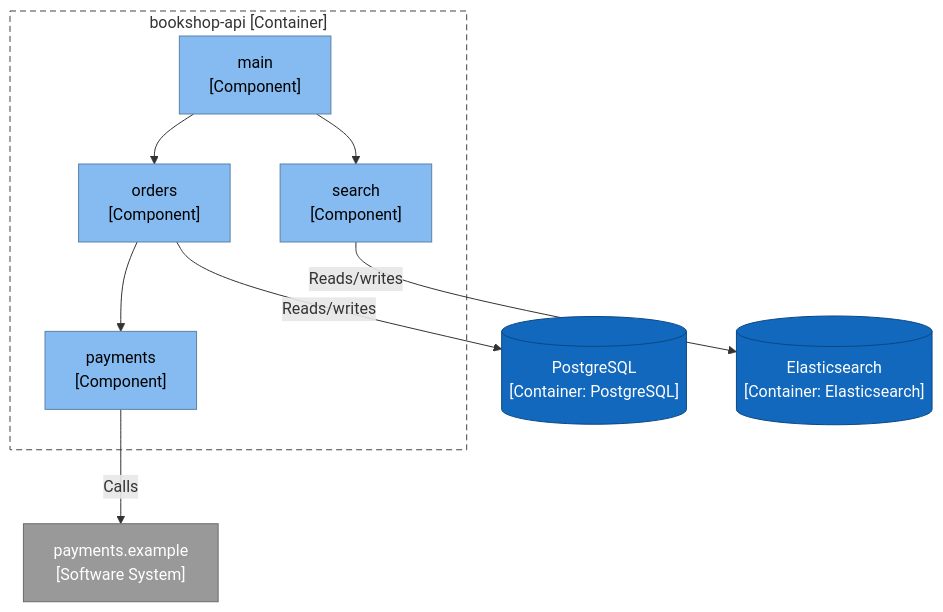
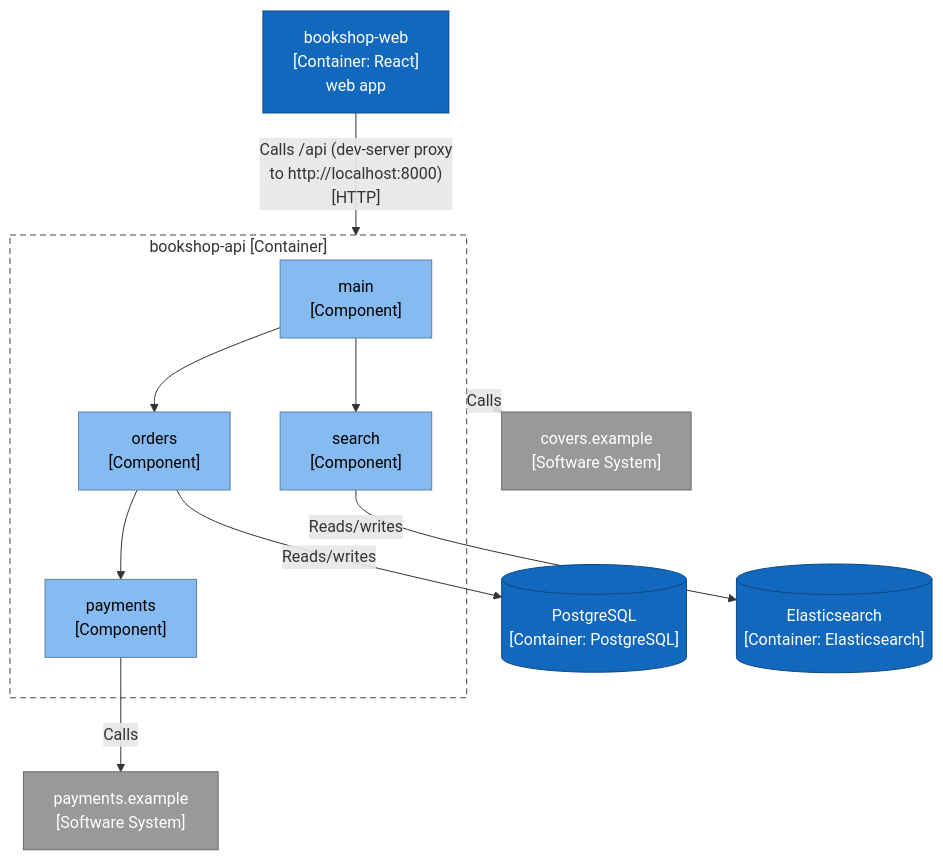
Before and after one commit to ythalorossy/architecture-skills: the second of 5 diagrams in tests/golden/bookshop/output/ArchitectureReport.md, drawn with Mermaid. The commit also changed other lines of this file and 16 other files, not shown here.

````diff
--- a/tests/golden/bookshop/output/ArchitectureReport.md
+++ b/tests/golden/bookshop/output/ArchitectureReport.md
@@ -68,28 +68,32 @@
 ```mermaid
 flowchart TB
     subgraph boundary["bookshop-api [Container]"]
         bookshop_main["main<br/>[Component]"]
         bookshop_orders["orders<br/>[Component]"]
         bookshop_payments["payments<br/>[Component]"]
         bookshop_search["search<br/>[Component]"]
     end
     bookshop_main --> bookshop_orders
     bookshop_main --> bookshop_search
     bookshop_orders --> bookshop_payments
     db_elasticsearch[("Elasticsearch<br/>[Container: Elasticsearch]")]
     bookshop_search -->|"Reads/writes"| db_elasticsearch
     db_postgresql[("PostgreSQL<br/>[Container: PostgreSQL]")]
     bookshop_orders -->|"Reads/writes"| db_postgresql
     ext_payments_example["payments.example<br/>[Software System]"]
     bookshop_payments -->|"Calls"| ext_payments_example
+    bookshop_web["bookshop-web<br/>[Container: React]<br/>web app"]
+    bookshop_web -->|"Calls /api (dev-server proxy<br/>to http://localhost:8000)<br/>[HTTP]"| boundary
+    ext_covers_example["covers.example<br/>[Software System]"]
+    boundary -->|"Calls"| ext_covers_example
     classDef person fill:#08427b,stroke:#052e56,color:#ffffff
     classDef container fill:#1168bd,stroke:#0b4884,color:#ffffff
     classDef system fill:#1168bd,stroke:#0b4884,color:#ffffff
     classDef component fill:#85bbf0,stroke:#5d82a8,color:#000000
     classDef external fill:#999999,stroke:#6b6b6b,color:#ffffff
     classDef shared fill:#dbe9f6,stroke:#5d82a8,color:#000000,stroke-dasharray:4 3
     class bookshop_main,bookshop_orders,bookshop_payments,bookshop_search component
-    class db_elasticsearch,db_postgresql container
-    class ext_payments_example external
+    class db_elasticsearch,db_postgresql,bookshop_web container
+    class ext_payments_example,ext_covers_example external
     style boundary fill:none,stroke:#444444,stroke-dasharray:6 4
 ```
````
